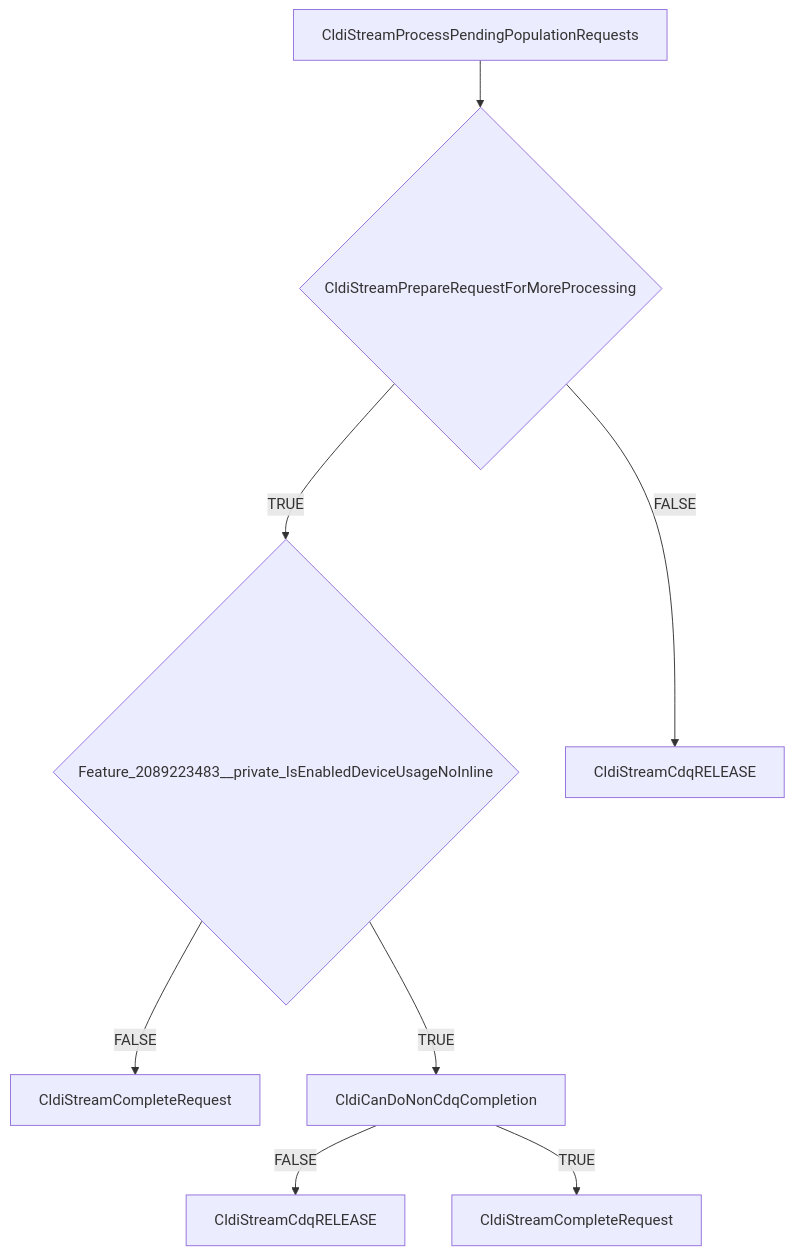
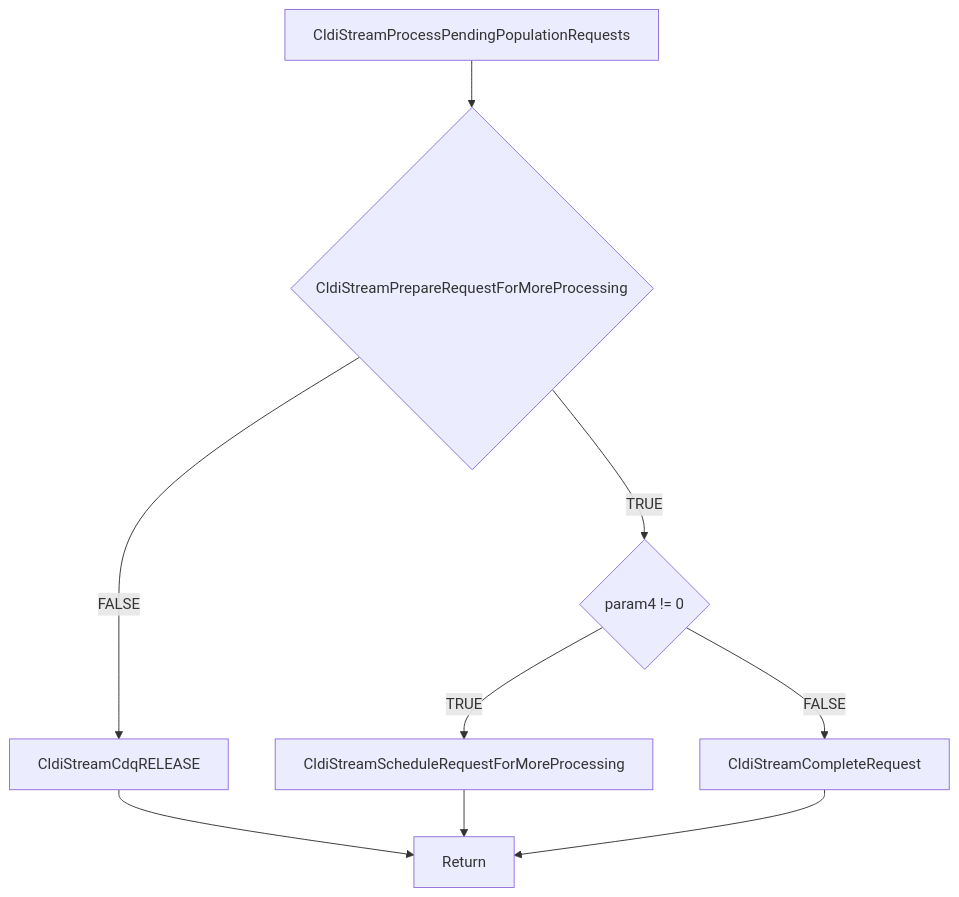
One commit to ghostbyt3/nday-automation-ai changed the diagram in nday_research_reports/2026-May/CVE-2026-35418_cldflt.sys_analysis.md. Above: the diagram before and after it, drawn with Mermaid. The commit also changed other lines of this file, not shown here.

````diff
--- a/nday_research_reports/2026-May/CVE-2026-35418_cldflt.sys_analysis.md
+++ b/nday_research_reports/2026-May/CVE-2026-35418_cldflt.sys_analysis.md
@@ -134,10 +133,11 @@
 ```mermaid
 graph TD
     A[CldiStreamProcessPendingPopulationRequests] --> B{CldiStreamPrepareRequestForMoreProcessing}
-    B -- TRUE --> C{Feature_2089223483__private_IsEnabledDeviceUsageNoInline}
-    C -- FALSE --> D[CldiStreamCompleteRequest]
-    C -- TRUE --> E[CldiCanDoNonCdqCompletion]
-    E -- FALSE --> F[CldiStreamCdqRELEASE]
-    E -- TRUE --> G[CldiStreamCompleteRequest]
-    B -- FALSE --> H[CldiStreamCdqRELEASE]
+    B -- FALSE --> C[CldiStreamCdqRELEASE]
+    B -- TRUE --> D{param4 != 0}
+    D -- TRUE --> E[CldiStreamScheduleRequestForMoreProcessing]
+    D -- FALSE --> F[CldiStreamCompleteRequest]
+    C --> G[Return]
+    E --> G
+    F --> G
 ```
````
